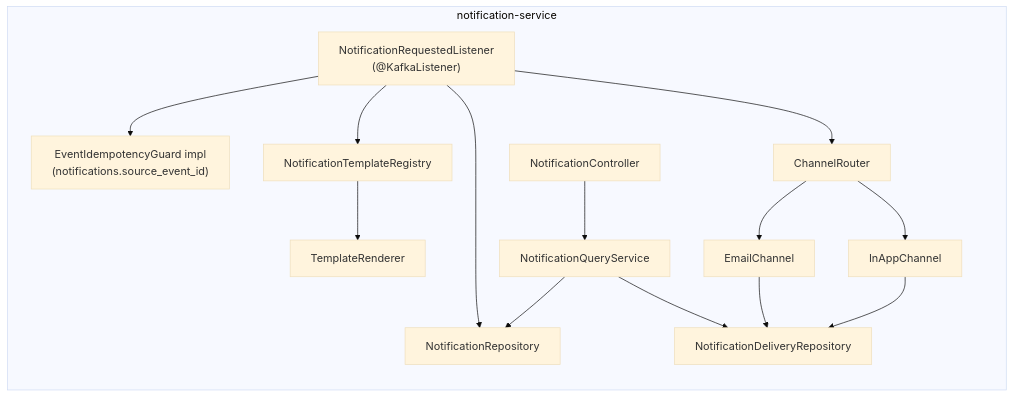
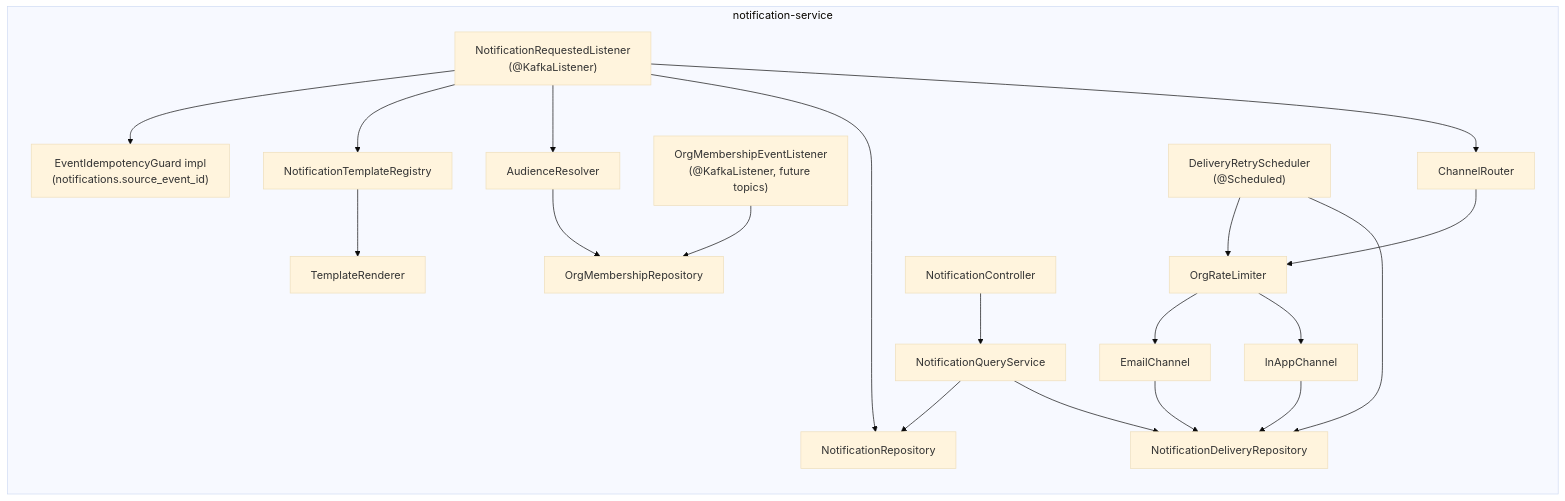
Before and after one commit to Wamitinewton/Pallet.io: the tenth of 11 diagrams in docs/notification-service/ARCHITECTURE.md, drawn with Mermaid (base theme). The commit also changed other lines of this file, not shown here.

Commit message:
feat: add audience field and org-wide broadcast support to notifications

````diff
--- a/docs/notification-service/ARCHITECTURE.md
+++ b/docs/notification-service/ARCHITECTURE.md
@@ -425,26 +663,36 @@
 ```mermaid
 flowchart TB
     subgraph NotifSvc["notification-service"]
         direction TB
         L["NotificationRequestedListener<br/>(@KafkaListener)"]
         G["EventIdempotencyGuard impl<br/>(notifications.source_event_id)"]
         Reg[NotificationTemplateRegistry]
         Rend[TemplateRenderer]
+        AR[AudienceResolver]
+        MRepo[OrgMembershipRepository]
+        ML["OrgMembershipEventListener<br/>(@KafkaListener, future topics)"]
         Router[ChannelRouter]
+        RL[OrgRateLimiter]
+        Sched["DeliveryRetryScheduler<br/>(@Scheduled)"]
         EC2[EmailChannel]
         IC[InAppChannel]
         Repo1[NotificationRepository]
         Repo2[NotificationDeliveryRepository]
         Ctrl[NotificationController]
         QSvc[NotificationQueryService]
     end
 
     L --> G
     L --> Reg --> Rend
+    L --> AR --> MRepo
+    ML --> MRepo
     L --> Repo1
     L --> Router
-    Router --> EC2 --> Repo2
-    Router --> IC --> Repo2
+    Router --> RL
+    RL --> EC2 --> Repo2
+    RL --> IC --> Repo2
+    Sched --> RL
+    Sched --> Repo2
     Ctrl --> QSvc --> Repo1
     QSvc --> Repo2
 ```
````
